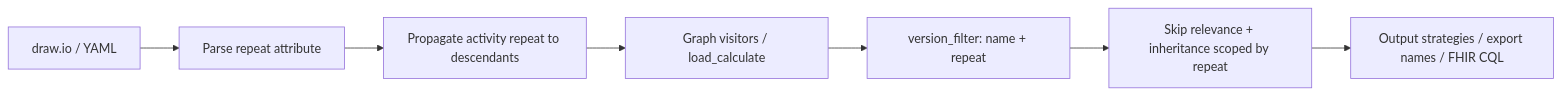
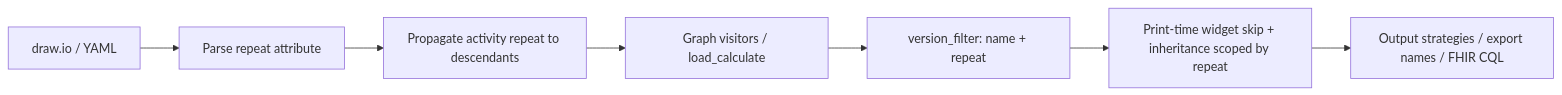
One commit to SwissTPH/tricc changed the diagram in feature/concept-repeat.md. Above: the diagram before and after it, drawn with Mermaid. The commit also changed other lines of this file and 16 other files, not shown here.

Commit message:
Fix: :bug: skip already-asked questions on the widget, not the graph path

````diff
--- a/feature/concept-repeat.md
+++ b/feature/concept-repeat.md
@@ -241,9 +242,9 @@
 ```mermaid
 flowchart LR
     A[draw.io / YAML] --> B[Parse repeat attribute]
     B --> C[Propagate activity repeat to descendants]
     C --> D[Graph visitors / load_calculate]
     D --> E["version_filter: name + repeat"]
-    E --> F[Skip relevance + inheritance scoped by repeat]
+    E --> F[Print-time widget skip + inheritance scoped by repeat]
     F --> G[Output strategies / export names / FHIR CQL]
 ```
````
